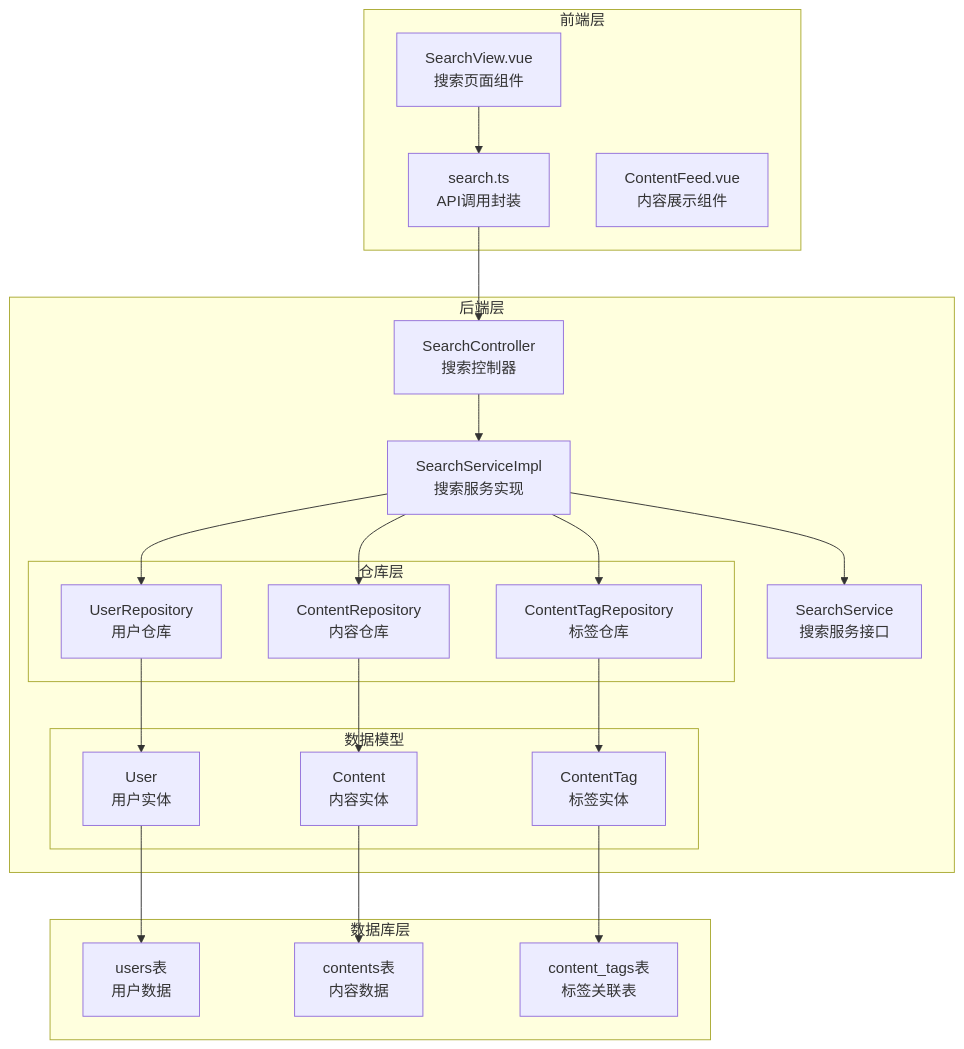
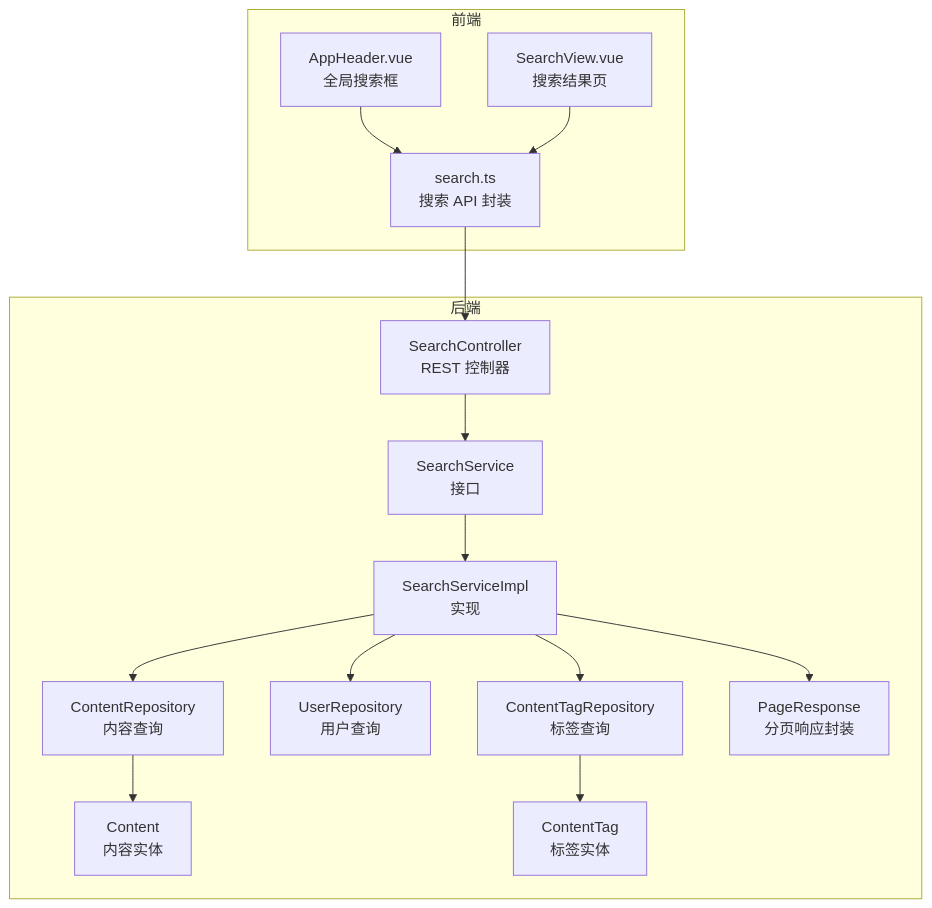
One commit to koala-xiong/communication-qoder changed the first of 6 diagrams in .qoder/repowiki/zh/content/搜索系统/搜索系统.md. Above: the diagram before and after it, drawn with Mermaid. The commit also changed other lines of this file and 73 other files, not shown here.

````diff
--- a/.qoder/repowiki/zh/content/搜索系统/搜索系统.md
+++ b/.qoder/repowiki/zh/content/搜索系统/搜索系统.md
@@ -61,41 +48,30 @@
 ```mermaid
 graph TB
-subgraph "前端层"
-FE_SearchView["SearchView.vue<br/>搜索页面组件"]
-FE_Api["search.ts<br/>API调用封装"]
-FE_Components["ContentFeed.vue<br/>内容展示组件"]
+subgraph "前端"
+AH["AppHeader.vue<br/>全局搜索框"]
+SV["SearchView.vue<br/>搜索结果页"]
+SA["search.ts<br/>搜索 API 封装"]
 end
-subgraph "后端层"
-CTRL_Search["SearchController<br/>搜索控制器"]
-SVC_Search["SearchServiceImpl<br/>搜索服务实现"]
-SVC_Interface["SearchService<br/>搜索服务接口"]
-subgraph "仓库层"
-REP_Content["ContentRepository<br/>内容仓库"]
-REP_User["UserRepository<br/>用户仓库"]
-REP_Tag["ContentTagRepository<br/>标签仓库"]
+subgraph "后端"
+SC["SearchController<br/>REST 控制器"]
+SS["SearchService<br/>接口"]
+SSI["SearchServiceImpl<br/>实现"]
+CR["ContentRepository<br/>内容查询"]
+UR["UserRepository<br/>用户查询"]
+CTR["ContentTagRepository<br/>标签查询"]
+CE["Content<br/>内容实体"]
+CT["ContentTag<br/>标签实体"]
+PR["PageResponse<br/>分页响应封装"]
 end
-subgraph "数据模型"
-ENT_Content["Content<br/>内容实体"]
-ENT_User["User<br/>用户实体"]
-ENT_Tag["ContentTag<br/>标签实体"]
-end
-end
-subgraph "数据库层"
-DB_Users["users表<br/>用户数据"]
-DB_Contents["contents表<br/>内容数据"]
-DB_Tags["content_tags表<br/>标签关联表"]
-end
-FE_SearchView --> FE_Api
-FE_Api --> CTRL_Search
-CTRL_Search --> SVC_Search
-SVC_Search --> SVC_Interface
-SVC_Search --> REP_Content
-SVC_Search --> REP_User
-SVC_Search --> REP_Tag
-REP_Content --> ENT_Content
-REP_User --> ENT_User
-REP_Tag --> ENT_Tag
-ENT_Content --> DB_Contents
-ENT_User --> DB_Users
-ENT_Tag --> DB_Tags
+AH --> SA
+SV --> SA
+SA --> SC
+SC --> SS
+SS --> SSI
+SSI --> CR
+SSI --> UR
+SSI --> CTR
+CR --> CE
+CTR --> CT
+SSI --> PR
 ```
````
